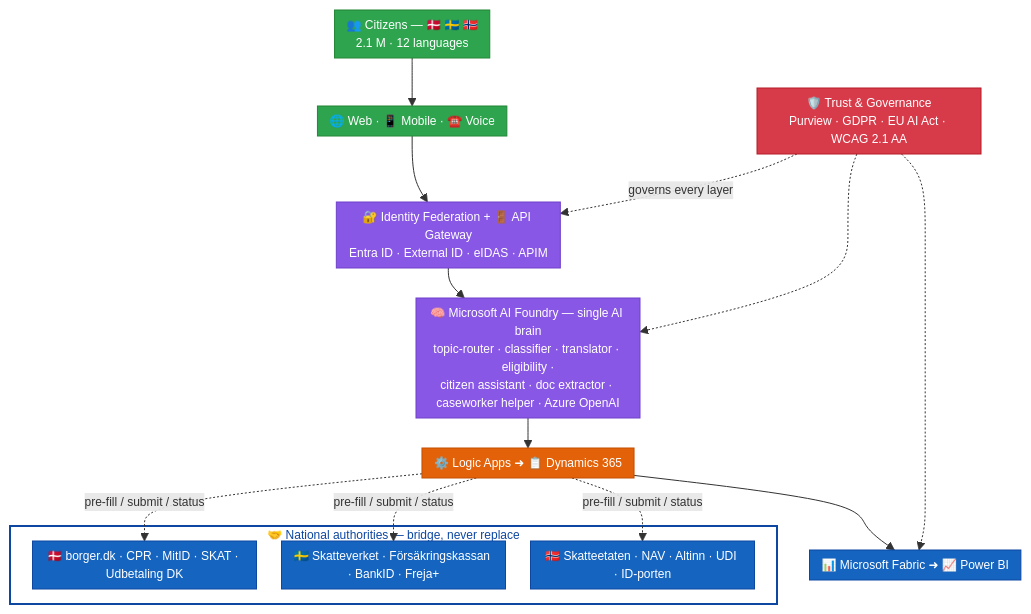
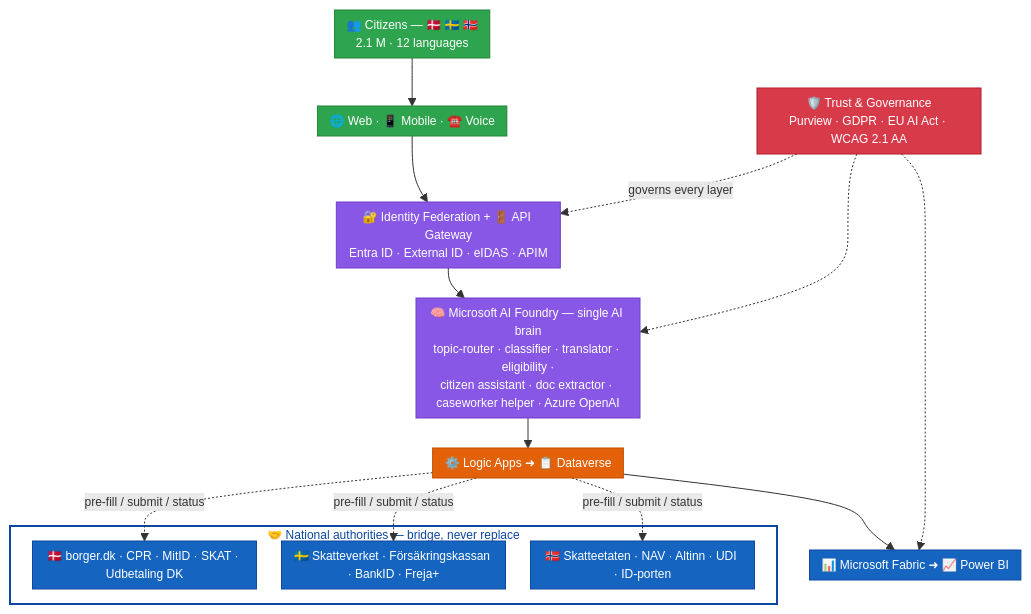
The first of 5 diagrams in README.md (fredgis/UDCSP), drawn with Mermaid before and after one commit. The commit also changed 50 other files, not shown here.

First line of the commit message:
Reorder AI Brain slides + reframe Dynamics 365 as Dataverse + D365 Customer Service

````diff
--- a/README.md
+++ b/README.md
@@ -161,37 +161,37 @@
 ```mermaid
 %%{ init: { 'flowchart': { 'nodeSpacing': 25, 'rankSpacing': 30, 'padding': 6 }, 'themeVariables': { 'fontSize': '12px' } } }%%
 graph TB
     Citizens["👥 Citizens — 🇩🇰 🇸🇪 🇳🇴<br/>2.1 M · 12 languages"]
     Channels["🌐 Web · 📱 Mobile · ☎️ Voice"]
     Edge["🔐 Identity Federation + 🚪 API Gateway<br/>Entra ID · External ID · eIDAS · APIM"]
     Foundry["🧠 Microsoft AI Foundry — single AI brain<br/>topic-router · classifier · translator · eligibility ·<br/>citizen assistant · doc extractor · caseworker helper · Azure OpenAI"]
-    Process["⚙️ Logic Apps  ➜  📋 Dynamics 365"]
+    Process["⚙️ Logic Apps  ➜  📋 Dataverse"]
     Data["📊 Microsoft Fabric  ➜  📈 Power BI"]
     Governance["🛡️ Trust &amp; Governance<br/>Purview · GDPR · EU AI Act · WCAG 2.1 AA"]
 
     subgraph National["🤝 National authorities — bridge, never replace"]
         DKAuth["🇩🇰 borger.dk · CPR · MitID · SKAT · Udbetaling DK"]
         SEAuth["🇸🇪 Skatteverket · Försäkringskassan · BankID · Freja+"]
         NOAuth["🇳🇴 Skatteetaten · NAV · Altinn · UDI · ID-porten"]
     end
 
     Citizens --> Channels --> Edge --> Foundry --> Process --> Data
     Process -. pre-fill / submit / status .-> DKAuth
     Process -. pre-fill / submit / status .-> SEAuth
     Process -. pre-fill / submit / status .-> NOAuth
     Governance -. governs every layer .-> Edge
     Governance -.-> Foundry
     Governance -.-> Data
 
     style Citizens fill:#2ea44f,stroke:#238636,color:#fff
     style Channels fill:#2ea44f,stroke:#238636,color:#fff
     style Edge fill:#8957e5,stroke:#6e40c9,color:#fff
     style Foundry fill:#8957e5,stroke:#6e40c9,color:#fff
     style Process fill:#e36209,stroke:#c24e00,color:#fff
     style Data fill:#1565c0,stroke:#0d47a1,color:#fff
     style Governance fill:#d73a49,stroke:#b31d28,color:#fff
     style National fill:transparent,stroke:#0d47a1,stroke-width:2px,color:#0d47a1
     style DKAuth fill:#1565c0,stroke:#0d47a1,color:#fff
     style SEAuth fill:#1565c0,stroke:#0d47a1,color:#fff
     style NOAuth fill:#1565c0,stroke:#0d47a1,color:#fff
 ```
````
